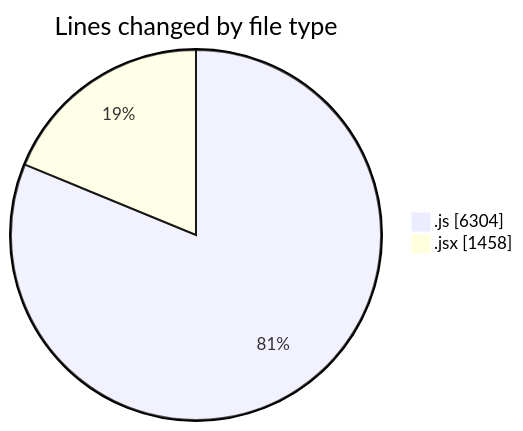
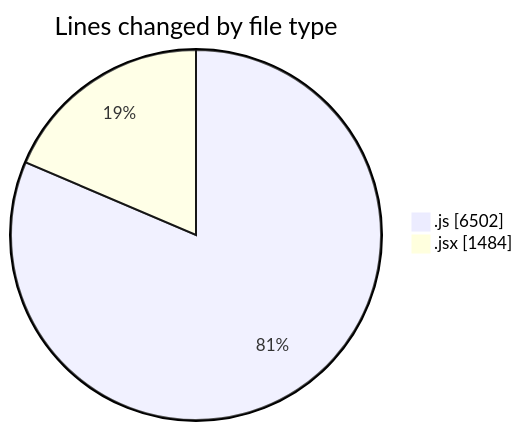
Before and after one commit to nxtqubesakshisongat/code-tracking: the first of 2 diagrams in 2025-09-24/nxtqube_webapp/README.md, drawn with Mermaid. The commit also changed other lines of this file and 1 other file, not shown here.

````diff
--- a/2025-09-24/nxtqube_webapp/README.md
+++ b/2025-09-24/nxtqube_webapp/README.md
@@ -23,6 +23,6 @@
 ```mermaid
 pie showData
 title Lines changed by file type
-".js" : 6304
-".jsx" : 1458
+".js" : 6502
+".jsx" : 1484
 ```
````
